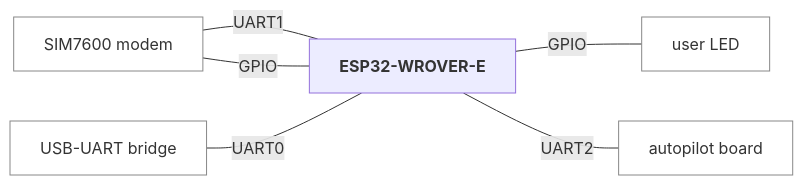
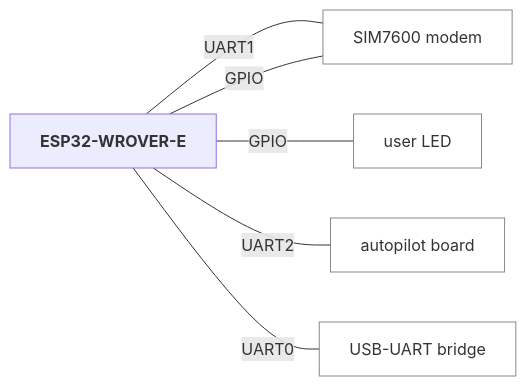
The second of 6 diagrams in examples/gateway/diagrams.md (jRmx0/esp-architecture), drawn with Mermaid before and after one commit. The commit also changed other lines of this file and 3 other files, not shown here.

First line of the commit message:
Block diagrams: no layout hints, lines inside out

````diff
--- a/examples/gateway/diagrams.md
+++ b/examples/gateway/diagrams.md
@@ -31,15 +31,15 @@
 ```mermaid
 flowchart LR
   cpu_box["<b>ESP32-WROVER-E</b>"]
   n_sim7600["SIM7600 modem"]
   n_user_led["user LED"]
   n_autopilot_board["autopilot board"]
   n_ch9102["USB-UART bridge"]
-  n_sim7600 ---|"UART1"| cpu_box
-  n_sim7600 ---|"GPIO"| cpu_box
-  n_ch9102 ---|"UART0"| cpu_box
+  cpu_box ---|"UART1"| n_sim7600
+  cpu_box ---|"GPIO"| n_sim7600
   cpu_box ---|"GPIO"| n_user_led
   cpu_box ---|"UART2"| n_autopilot_board
+  cpu_box ---|"UART0"| n_ch9102
   classDef device fill:none,stroke:#888
   class n_sim7600,n_user_led,n_autopilot_board,n_ch9102 device
 ```
````
